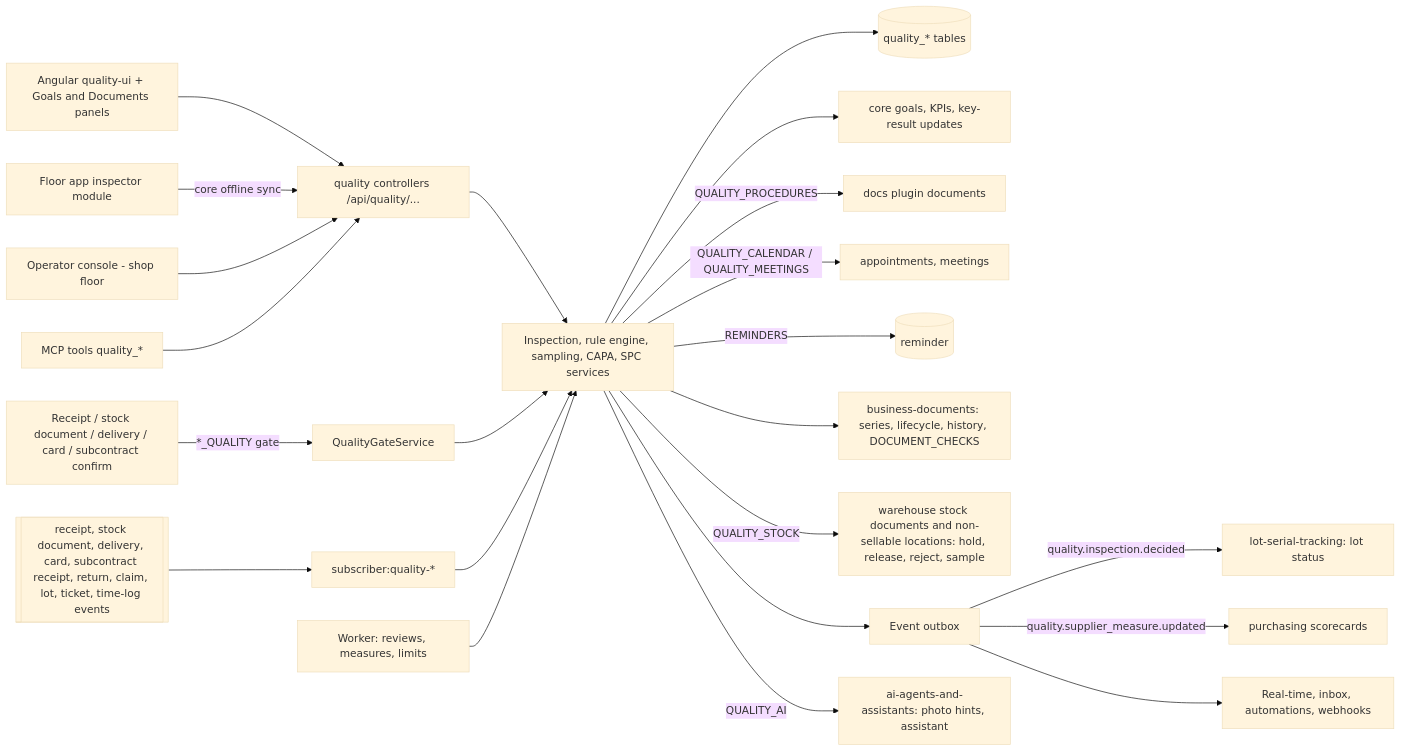
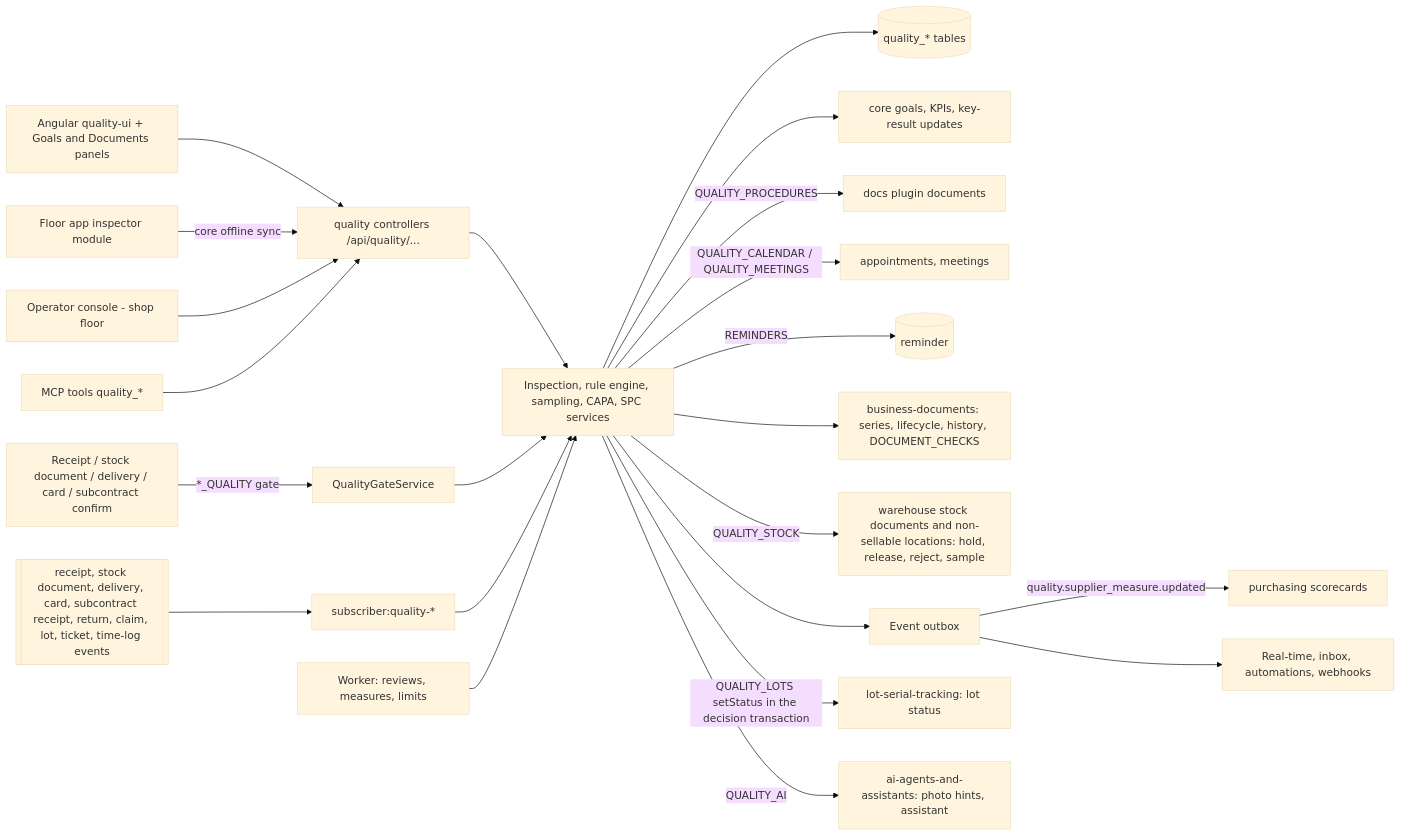
Before and after one commit to ever-co/ever-gauzy: the diagram in docs/specs/features/quality-management/plan.md, drawn with Mermaid (base theme). The commit also changed other lines of this file and 205 other files, not shown here.

````diff
--- a/docs/specs/features/quality-management/plan.md
+++ b/docs/specs/features/quality-management/plan.md
@@ -59,24 +60,24 @@
 ```mermaid
 flowchart LR
     UI[Angular quality-ui + Goals and Documents panels] --> API[quality controllers /api/quality/...]
     FL[Floor app inspector module] -->|core offline sync| API
     OC[Operator console - shop floor] --> API
     MCP[MCP tools quality_*] --> API
     API --> SVC[Inspection, rule engine, sampling, CAPA, SPC services]
     SVC --> DB[(quality_* tables)]
     SVC --> GOALS[core goals, KPIs, key-result updates]
     SVC -- QUALITY_PROCEDURES --> DOCS[docs plugin documents]
     SVC -- QUALITY_CALENDAR / QUALITY_MEETINGS --> MEET[appointments, meetings]
     SVC -- REMINDERS --> REM[(reminder)]
     SVC --> BDE[business-documents: series, lifecycle, history, DOCUMENT_CHECKS]
     OWN[Receipt / stock document / delivery / card / subcontract confirm] -- *_QUALITY gate --> GATE[QualityGateService]
     GATE --> SVC
     SVC -- QUALITY_STOCK --> STK[warehouse stock documents and non-sellable locations: hold, release, reject, sample]
     SVC --> OUT[Event outbox]
-    OUT -- quality.inspection.decided --> LOT[lot-serial-tracking: lot status]
+    SVC -- QUALITY_LOTS setStatus in the decision transaction --> LOT[lot-serial-tracking: lot status]
     OUT -- quality.supplier_measure.updated --> PUR[purchasing scorecards]
     OUT --> RT[Real-time, inbox, automations, webhooks]
     IN[[receipt, stock document, delivery, card, subcontract receipt, return, claim, lot, ticket, time-log events]] --> CON[subscriber:quality-*] --> SVC
     SVC -- QUALITY_AI --> AI[ai-agents-and-assistants: photo hints, assistant]
     JOB[Worker: reviews, measures, limits] --> SVC
 ```
````
